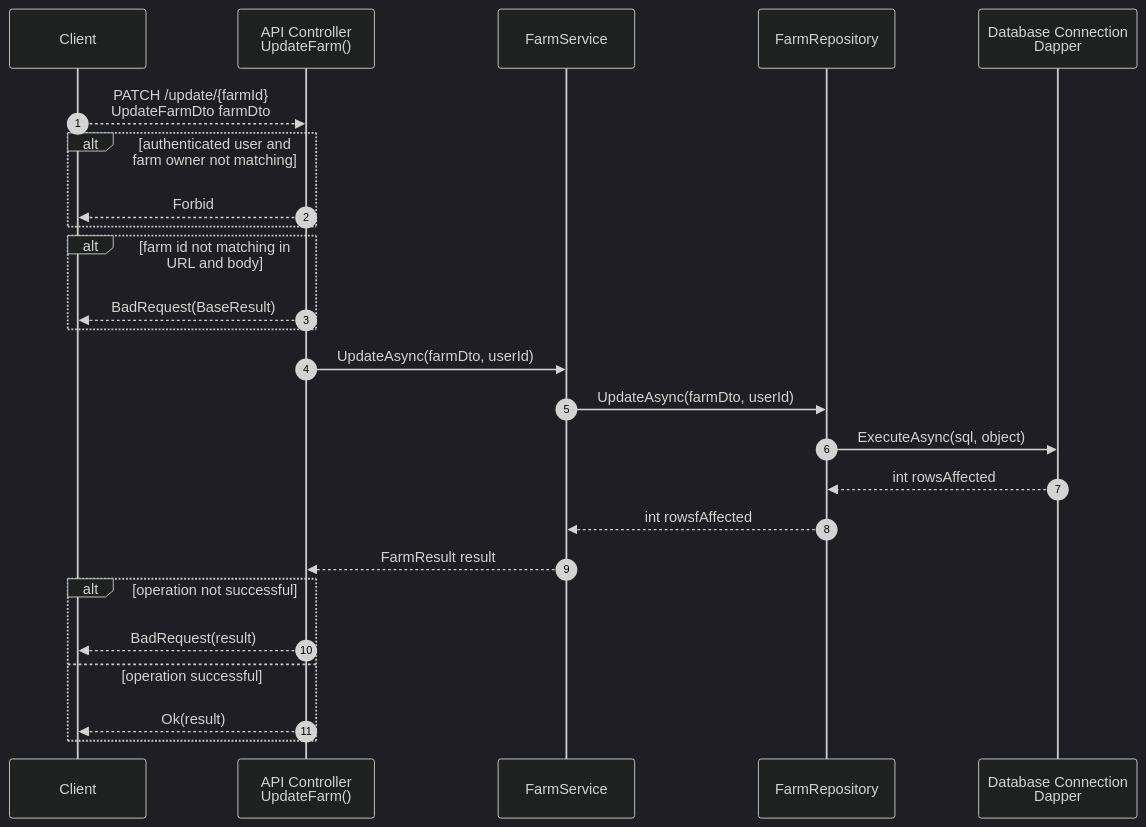
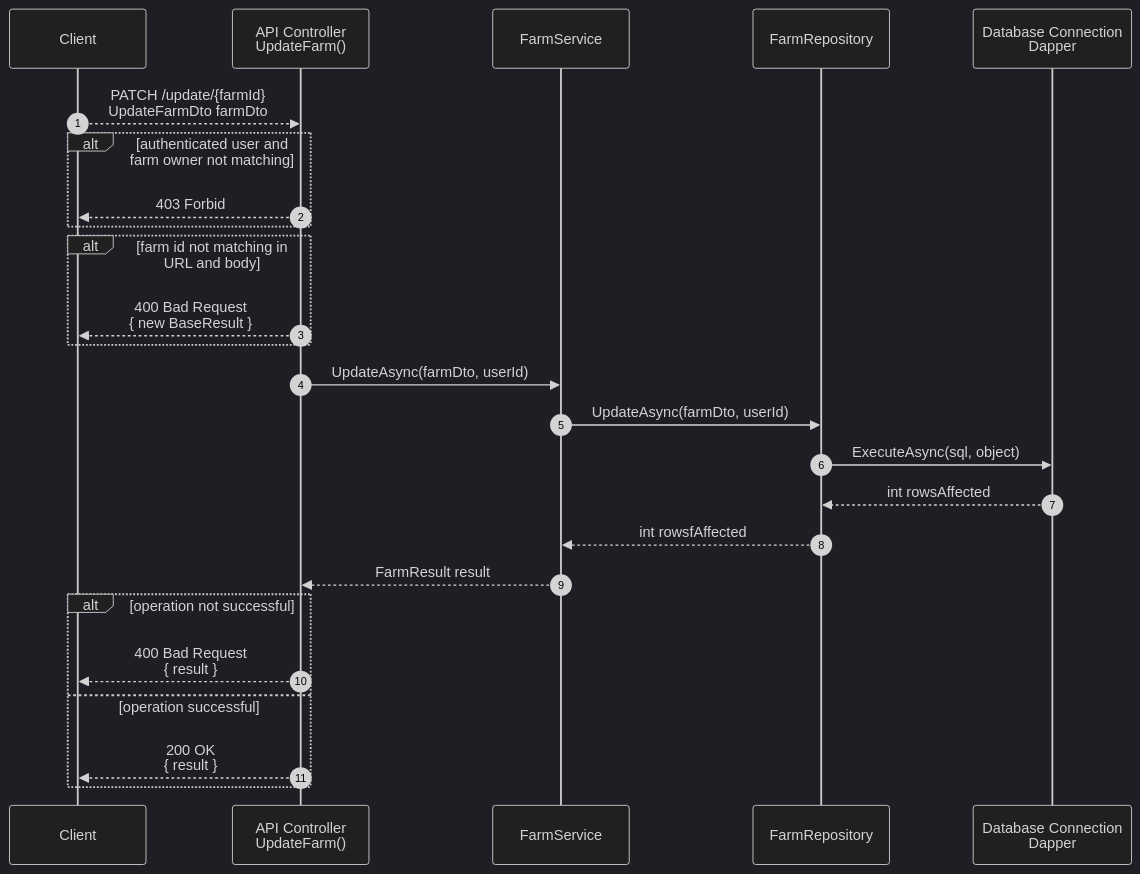
Before and after one commit to paavkar/AgricultureApp: the seventh of 9 diagrams in README.md, drawn with Mermaid (dark theme). The commit also changed other lines of this file, not shown here.

Commit message:
update README with more detailed diagram API->Client returns

````diff
--- a/README.md
+++ b/README.md
@@ -258,29 +258,29 @@
 ```mermaid
 sequenceDiagram
     autonumber
 
     participant U as Client
     participant API as API Controller<br/>UpdateFarm()
     participant FS as FarmService
     participant FR as FarmRepository
     participant Dapper as Database Connection<br/>Dapper
 
     U-->>API: PATCH /update/{farmId}<br/>UpdateFarmDto farmDto
     alt authenticated user and farm owner not matching
-      API-->>U: Forbid
+      API-->>U: 403 Forbid
     end
     alt farm id not matching in URL and body
-      API-->>U: BadRequest(BaseResult)
+      API-->>U: 400 Bad Request<br/> { new BaseResult }
     end
     API->>FS: UpdateAsync(farmDto, userId)
     FS->>FR: UpdateAsync(farmDto, userId)
     FR->>Dapper: ExecuteAsync(sql, object)
     Dapper-->>FR: int rowsAffected
     FR-->>FS: int rowsfAffected
     FS-->>API: FarmResult result
     alt operation not successful
-      API-->>U: BadRequest(result)
+      API-->>U: 400 Bad Request<br/> { result }
     else operation successful
-      API-->>U: Ok(result)
+      API-->>U: 200 OK<br/> { result }
     end
 ```
````
